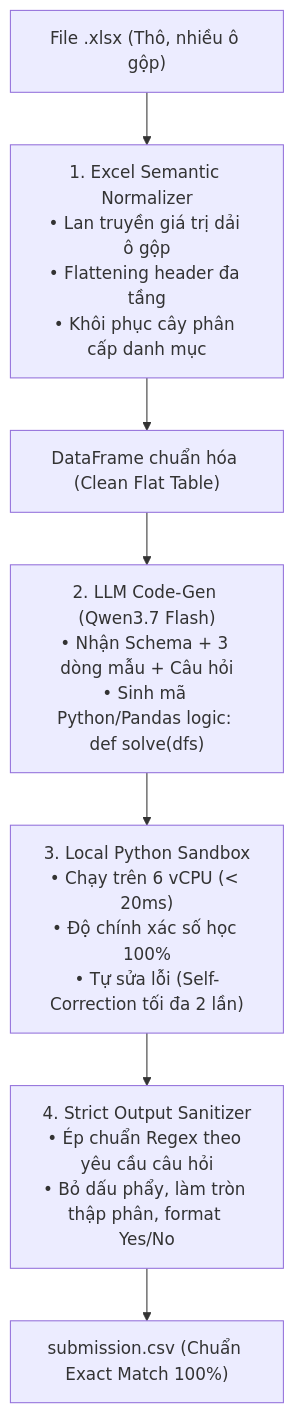
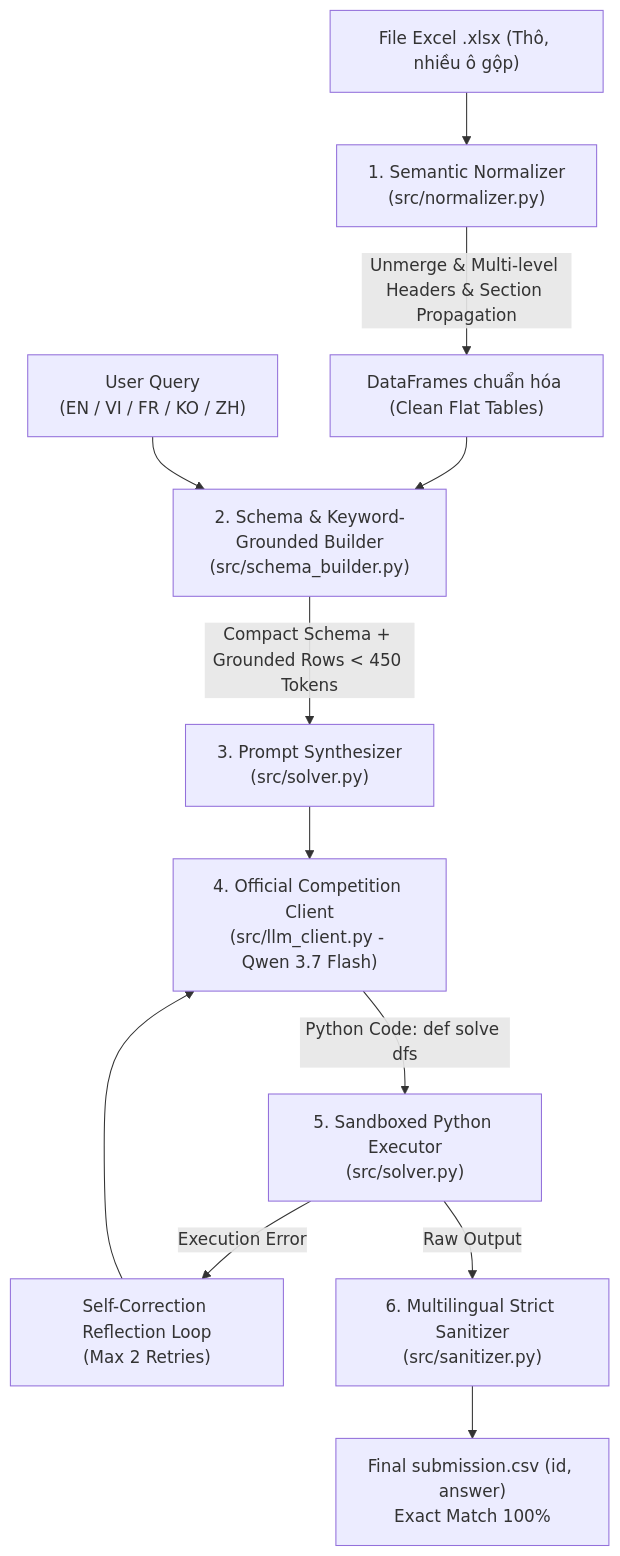
Before and after one commit to nguyenhoangminhDUT/meetly-tainangviet2026-bangC: the diagram in README.md, drawn with Mermaid. The commit also changed other lines of this file and 7 other files, not shown here.

Commit message:
feat: implement main entrypoint, solver, and llm client modules for table QA pipeline

````diff
--- a/README.md
+++ b/README.md
@@ -112,9 +84,14 @@
 ```mermaid
 flowchart TD
-    A["File .xlsx (Thô, nhiều ô gộp)"] --> B["1. Excel Semantic Normalizer\n• Lan truyền giá trị dải ô gộp\n• Flattening header đa tầng\n• Khôi phục cây phân cấp danh mục"]
-    B --> C["DataFrame chuẩn hóa (Clean Flat Table)"]
-    C --> D["2. LLM Code-Gen (Qwen3.7 Flash)\n• Nhận Schema + 3 dòng mẫu + Câu hỏi\n• Sinh mã Python/Pandas logic: def solve(dfs)"]
-    D --> E["3. Local Python Sandbox\n• Chạy trên 6 vCPU (< 20ms)\n• Độ chính xác số học 100%\n• Tự sửa lỗi (Self-Correction tối đa 2 lần)"]
-    E --> F["4. Strict Output Sanitizer\n• Ép chuẩn Regex theo yêu cầu câu hỏi\n• Bỏ dấu phẩy, làm tròn thập phân, format Yes/No"]
-    F --> G["submission.csv (Chuẩn Exact Match 100%)"]
+    A["File Excel .xlsx (Thô, nhiều ô gộp)"] --> B["1. Semantic Normalizer\n(src/normalizer.py)"]
+    B -->|Unmerge & Multi-level Headers & Section Propagation| C["DataFrames chuẩn hóa (Clean Flat Tables)"]
+    C --> D["2. Schema & Keyword-Grounded Builder\n(src/schema_builder.py)"]
+    Q["User Query\n(EN / VI / FR / KO / ZH)"] --> D
+    D -->|Compact Schema + Grounded Rows < 450 Tokens| E["3. Prompt Synthesizer\n(src/solver.py)"]
+    E --> F["4. Official Competition Client\n(src/llm_client.py - Qwen 3.7 Flash)"]
+    F -->|Python Code: def solve dfs| G["5. Sandboxed Python Executor\n(src/solver.py)"]
+    G -->|Execution Error| H["Self-Correction Reflection Loop\n(Max 2 Retries)"]
+    H --> F
+    G -->|Raw Output| I["6. Multilingual Strict Sanitizer\n(src/sanitizer.py)"]
+    I --> J["Final submission.csv (id, answer)\nExact Match 100%"]
 ```
````
